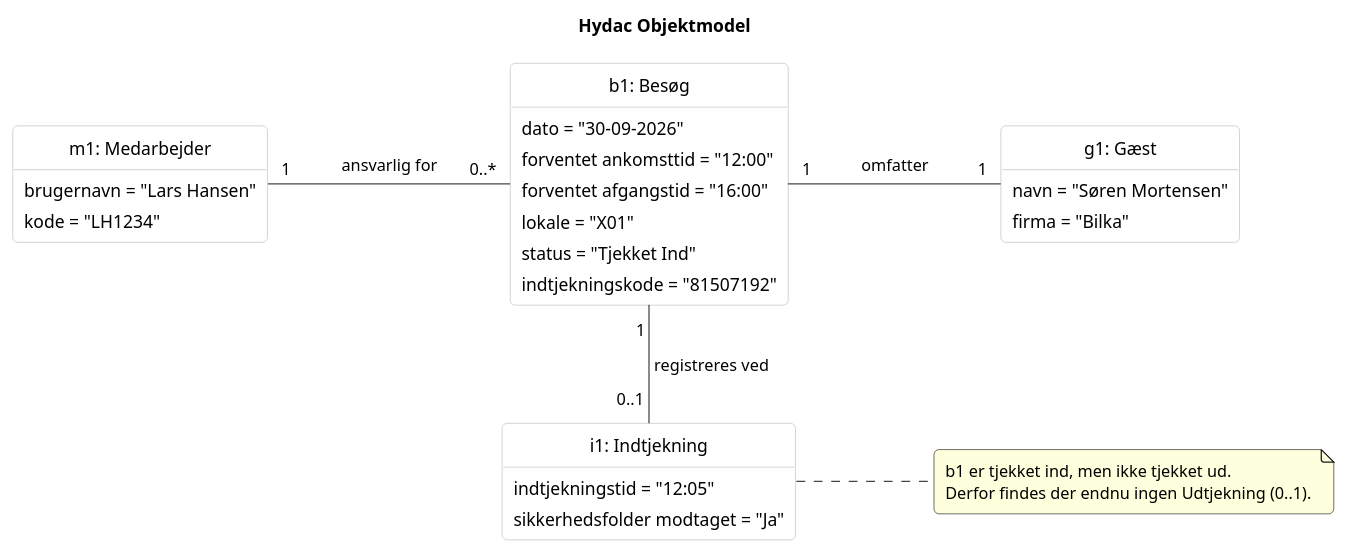
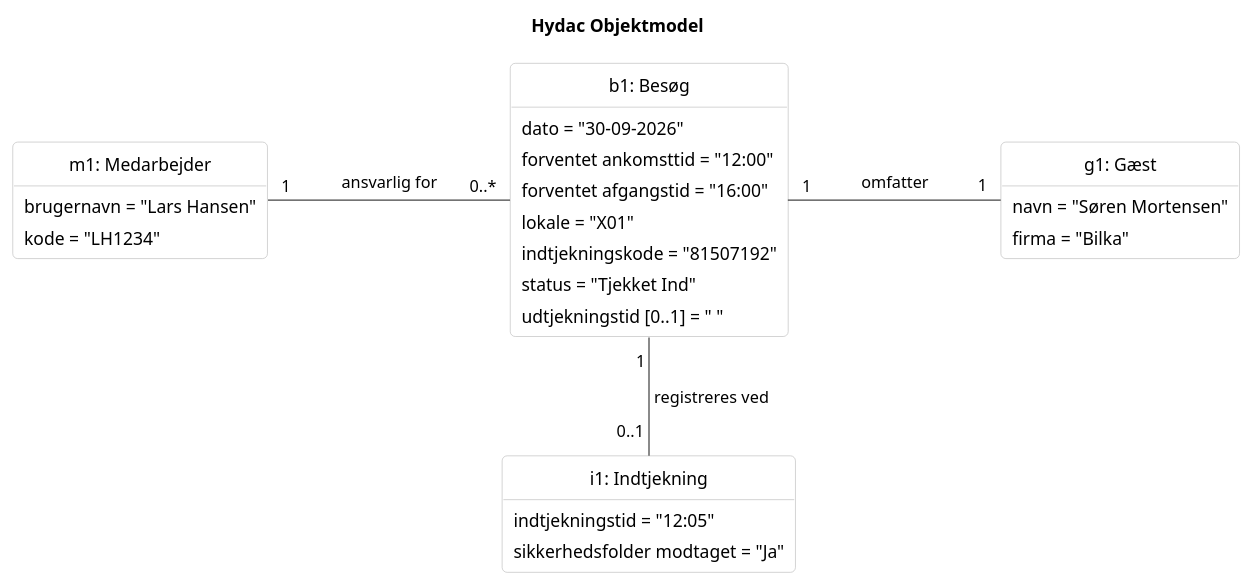
One commit to Zoabz/Hydac changed the diagram in 3. Objekt Model/3. Objekt Model.puml. Above: the diagram before and after it, drawn with PlantUML. The commit also changed 1 other file, not shown here.

```diff
--- a/3. Objekt Model/3. Objekt Model.puml
+++ b/3. Objekt Model/3. Objekt Model.puml
@@ -1,60 +1,57 @@
 @startuml Hydac_Objektmodel
 
 skinparam backgroundColor White
 skinparam shadowing false
 skinparam defaultFontName Arial
 skinparam roundCorner 8
 skinparam linetype polyline
 skinparam nodesep 110
 skinparam ranksep 70
 skinparam padding 3
 skinparam titleFontStyle bold
 
 hide circle
 hide methods
 
 skinparam class {
     BackgroundColor White
     BorderColor #BBBBBB
     ArrowColor #444444
     FontColor Black
     AttributeFontColor Black
 }
 
 title Hydac Objektmodel
 
 class "m1: Medarbejder" as Medarbejder {
     brugernavn = "Lars Hansen"
     kode = "LH1234"
 }
 
 class "b1: Besøg" as Besog {
     dato = "30-09-2026"
     forventet ankomsttid = "12:00"
     forventet afgangstid = "16:00"
     lokale = "X01"
-    status = "Tjekket Ind"
     indtjekningskode = "81507192"
+    status = "Tjekket Ind"    
+    udtjekningstid [0..1] = " "
 }
 
 class "g1: Gæst" as Gaest {
     navn = "Søren Mortensen"
     firma = "Bilka"
 }
 
 class "i1: Indtjekning" as Indtjekning {
     indtjekningstid = "12:05"
     sikkerhedsfolder modtaget = "Ja"
 }
 
-note right of Indtjekning
-    b1 er tjekket ind, men ikke tjekket ud.
-    Derfor findes der endnu ingen Udtjekning (0..1).
-end note
 
 Medarbejder "1" -right- "0..*" Besog : ansvarlig for
 Besog "1" -right- "1" Gaest : omfatter
 
 Besog "1" -- "0..1" Indtjekning : registreres ved
 
 @enduml
```
